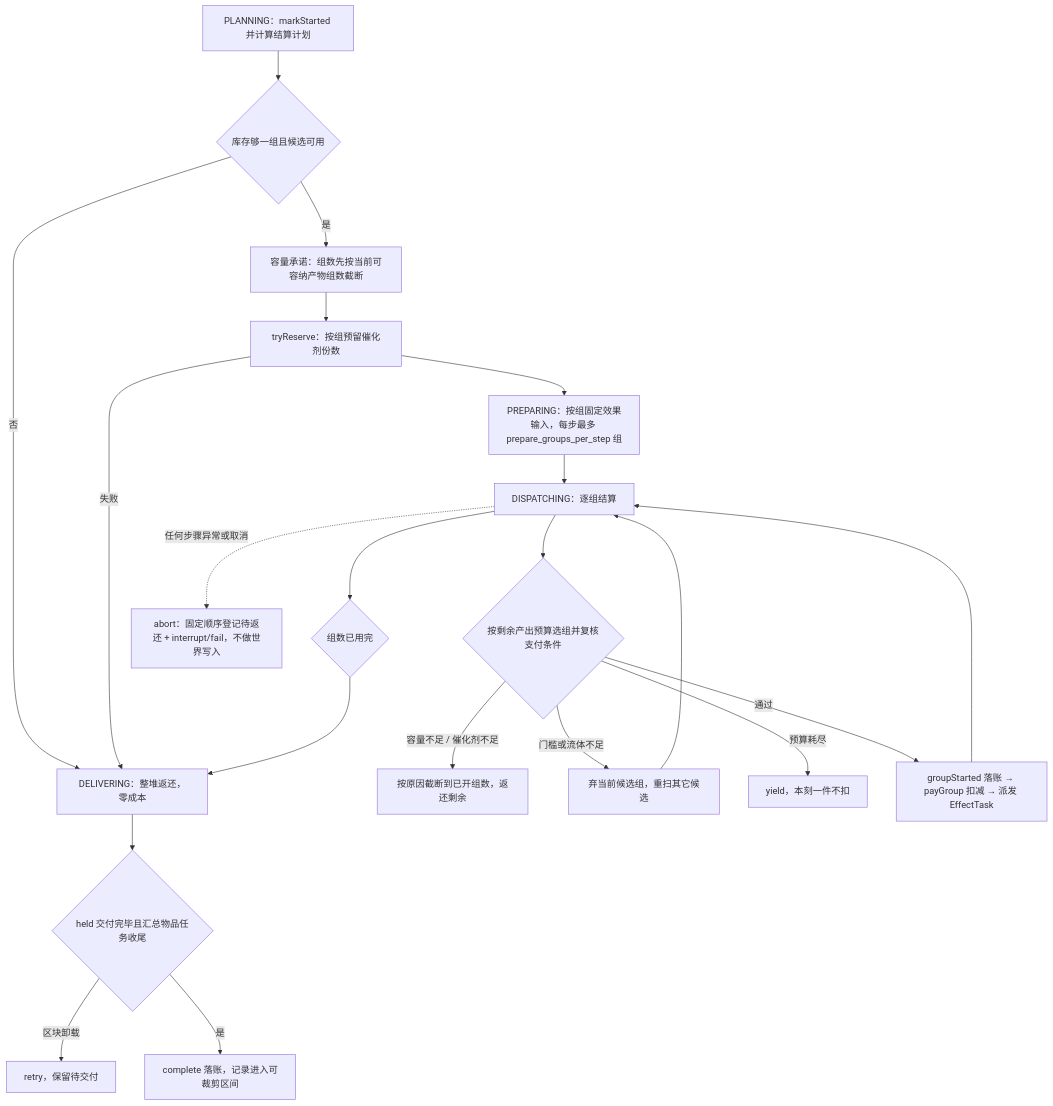
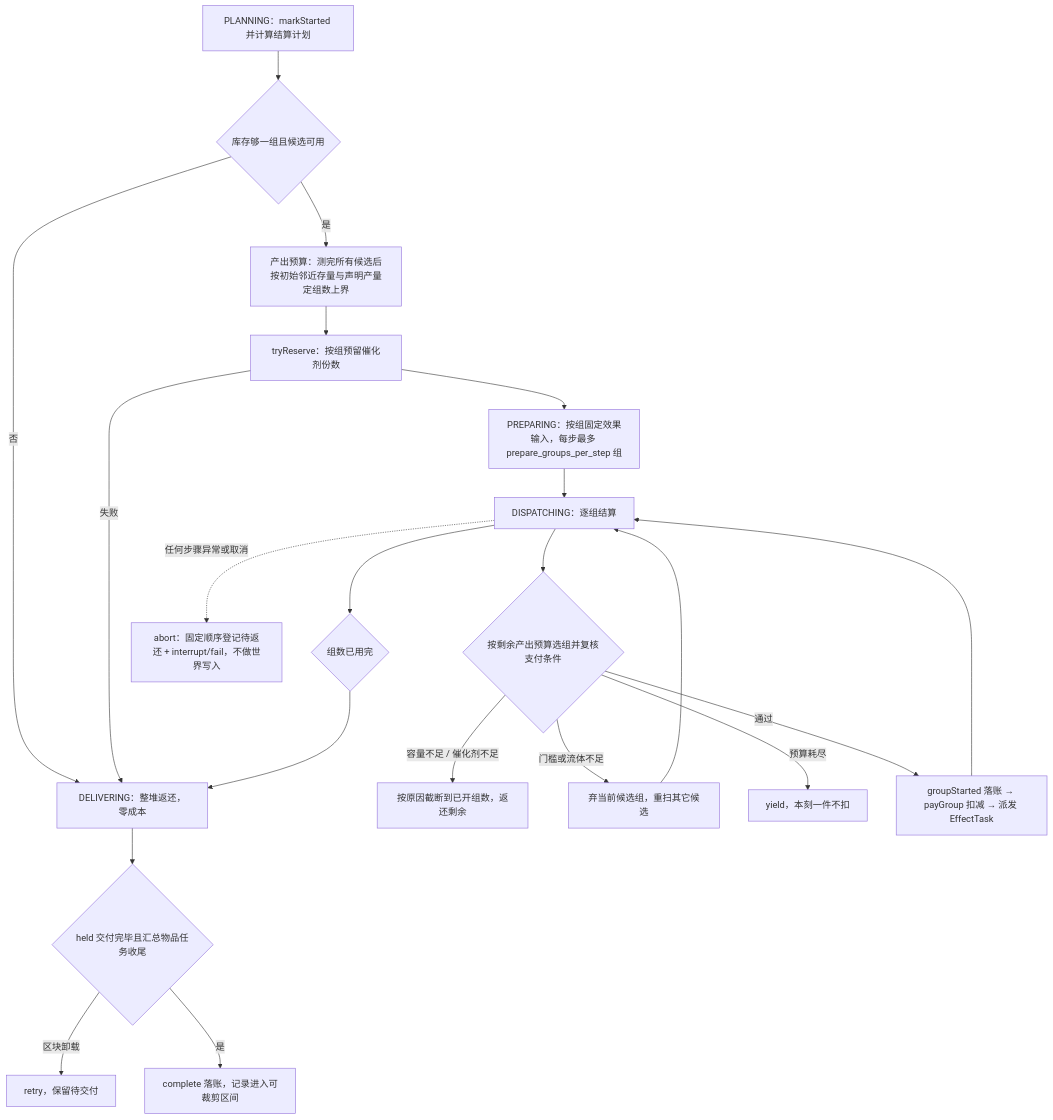
One commit to meteoritel/item-despawn-to-what changed the third of 3 diagrams in docs/modules/conversion-runtime.md. Above: the diagram before and after it, drawn with Mermaid. The commit also changed other lines of this file and 28 other files, not shown here.

````diff
--- a/docs/modules/conversion-runtime.md
+++ b/docs/modules/conversion-runtime.md
@@ -146,23 +146,23 @@
 ```mermaid
 flowchart TB
     P["PLANNING：markStarted 并计算结算计划"] --> Q{"库存够一组且候选可用"}
     Q -->|"否"| DEL["DELIVERING：整堆返还，零成本"]
-    Q -->|"是"| C["容量承诺：组数先按当前可容纳产物组数截断"]
+    Q -->|"是"| C["产出预算：测完所有候选后按初始邻近存量与声明产量定组数上界"]
     C --> R["tryReserve：按组预留催化剂份数"]
     R -->|"失败"| DEL
     R --> PR["PREPARING：按组固定效果输入，每步最多 prepare_groups_per_step 组"]
     PR --> S["DISPATCHING：逐组结算"]
     S --> T{"按剩余产出预算选组并复核支付条件"}
     T -->|"容量不足 / 催化剂不足"| U["按原因截断到已开组数，返还剩余"]
     T -->|"门槛或流体不足"| UB["弃当前候选组，重扫其它候选"]
     UB --> S
     T -->|"预算耗尽"| V["yield，本刻一件不扣"]
     T -->|"通过"| W["groupStarted 落账 → payGroup 扣减 → 派发 EffectTask"]
     W --> S
     S --> X{"组数已用完"}
     X --> DEL
     DEL --> Y{"held 交付完毕且汇总物品任务收尾"}
     Y -->|"区块卸载"| Z["retry，保留待交付"]
     Y -->|"是"| DONE["complete 落账，记录进入可裁剪区间"]
     S -.->|"任何步骤异常或取消"| AB["abort：固定顺序登记待返还 + interrupt/fail，不做世界写入"]
 ```
````
